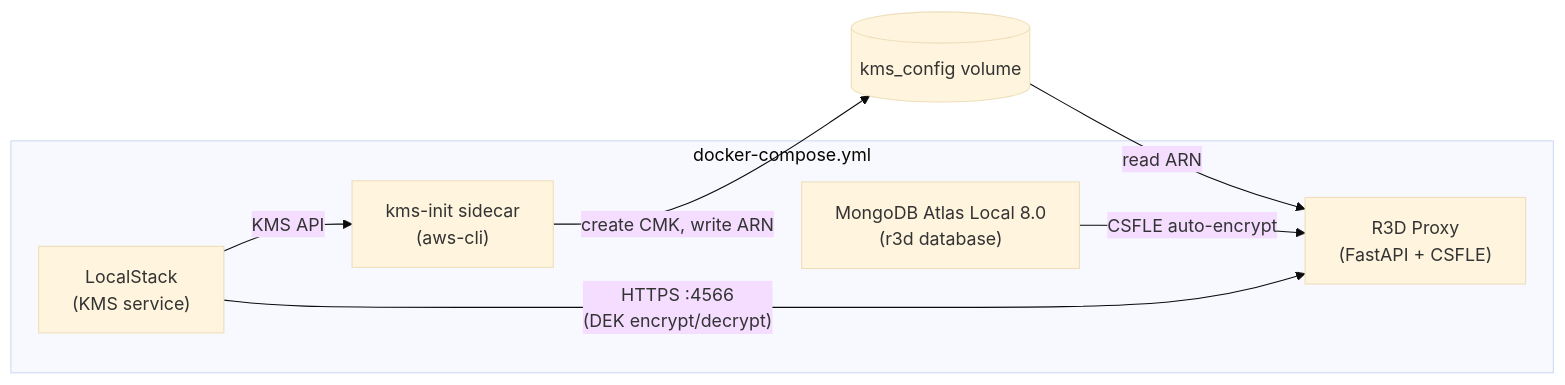
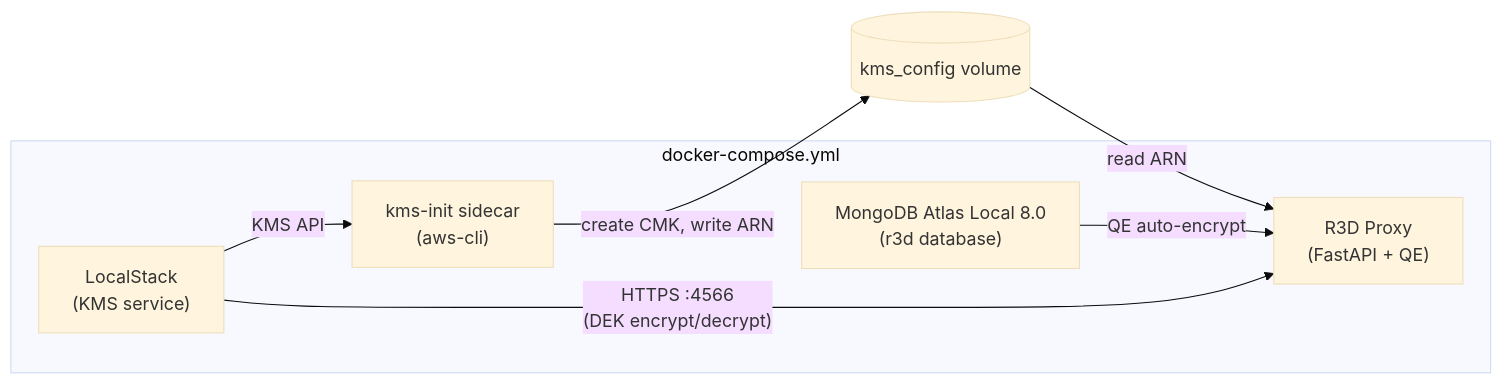
Before and after one commit to oblivio/r3d-xtension: the diagram in r3d-proxy/blog/part6-deployment.md, drawn with Mermaid (base theme). The commit also changed other lines of this file and 23 other files, not shown here.

````diff
--- a/r3d-proxy/blog/part6-deployment.md
+++ b/r3d-proxy/blog/part6-deployment.md
@@ -11,15 +11,15 @@
 ```mermaid
 flowchart LR
     subgraph compose [docker-compose.yml]
         MongoDB["MongoDB Atlas Local 8.0<br/>(r3d database)"]
         LocalStack["LocalStack<br/>(KMS service)"]
         KMSInit["kms-init sidecar<br/>(aws-cli)"]
-        Proxy["R3D Proxy<br/>(FastAPI + CSFLE)"]
+        Proxy["R3D Proxy<br/>(FastAPI + QE)"]
     end
 
     KMSInit -->|"create CMK, write ARN"| KMSConfig[(kms_config volume)]
     LocalStack -->|"KMS API"| KMSInit
     KMSConfig -->|"read ARN"| Proxy
-    MongoDB -->|"CSFLE auto-encrypt"| Proxy
+    MongoDB -->|"QE auto-encrypt"| Proxy
     LocalStack -->|"HTTPS :4566<br/>(DEK encrypt/decrypt)"| Proxy
 ```
````
